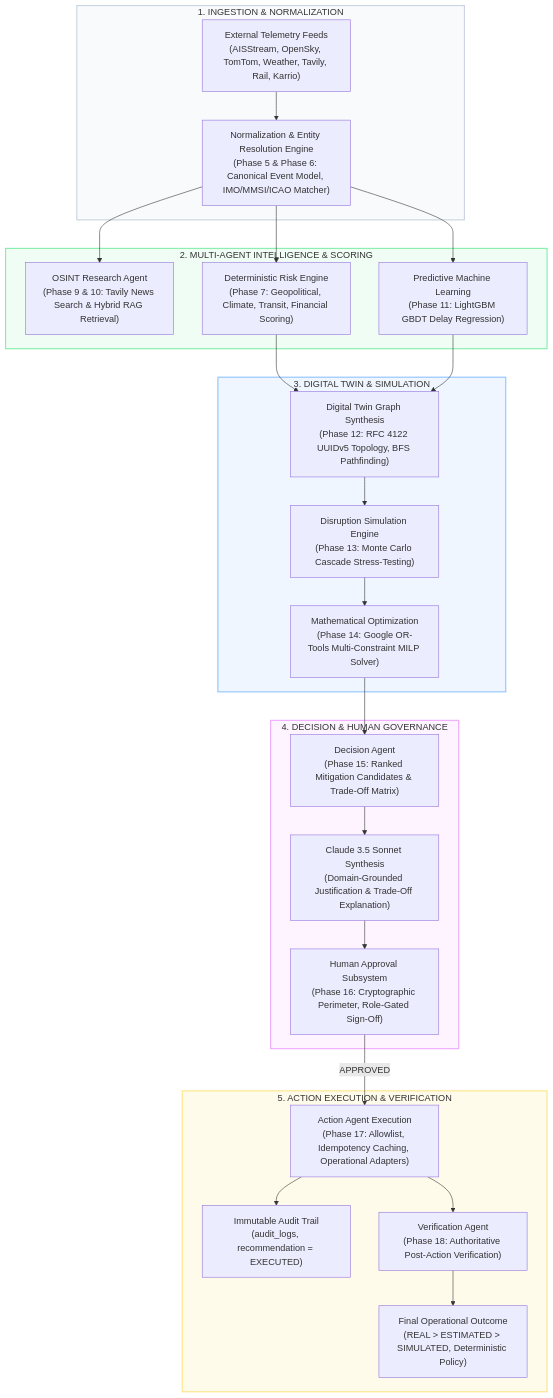
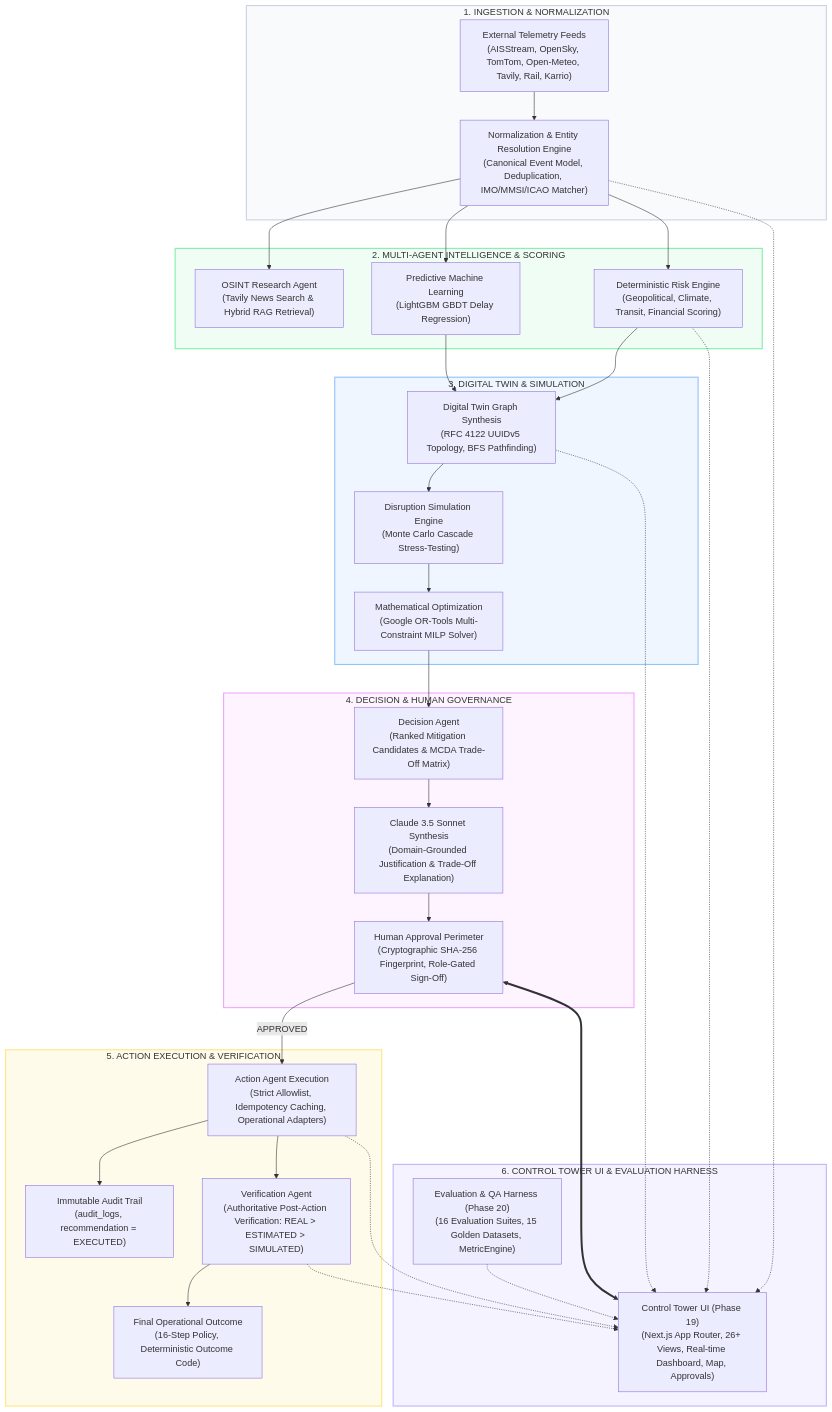
The first of 3 diagrams in README.md (Suguda-Thakur-Marndi/ChainSentinel), drawn with Mermaid before and after one commit. The commit also changed other lines of this file, not shown here.

Commit message:
docs: update README with Phase 20 completion status, metrics, and architecture details

````diff
--- a/README.md
+++ b/README.md
@@ -90,53 +99,66 @@
 ```mermaid
 flowchart TD
     subgraph S1["1. INGESTION & NORMALIZATION"]
-        EXT["External Telemetry Feeds<br/>(AISStream, OpenSky, TomTom, Weather, Tavily, Rail, Karrio)"]
-        NORM["Normalization & Entity Resolution Engine<br/>(Phase 5 & Phase 6: Canonical Event Model, IMO/MMSI/ICAO Matcher)"]
+        EXT["External Telemetry Feeds<br/>(AISStream, OpenSky, TomTom, Open-Meteo, Tavily, Rail, Karrio)"]
+        NORM["Normalization & Entity Resolution Engine<br/>(Canonical Event Model, Deduplication, IMO/MMSI/ICAO Matcher)"]
         EXT --> NORM
     end
 
     subgraph S2["2. MULTI-AGENT INTELLIGENCE & SCORING"]
-        RES["OSINT Research Agent<br/>(Phase 9 & 10: Tavily News Search & Hybrid RAG Retrieval)"]
-        RISK["Deterministic Risk Engine<br/>(Phase 7: Geopolitical, Climate, Transit, Financial Scoring)"]
-        ML["Predictive Machine Learning<br/>(Phase 11: LightGBM GBDT Delay Regression)"]
+        RES["OSINT Research Agent<br/>(Tavily News Search & Hybrid RAG Retrieval)"]
+        RISK["Deterministic Risk Engine<br/>(Geopolitical, Climate, Transit, Financial Scoring)"]
+        ML["Predictive Machine Learning<br/>(LightGBM GBDT Delay Regression)"]
         NORM --> RES
         NORM --> RISK
         NORM --> ML
     end
 
     subgraph S3["3. DIGITAL TWIN & SIMULATION"]
-        TWIN["Digital Twin Graph Synthesis<br/>(Phase 12: RFC 4122 UUIDv5 Topology, BFS Pathfinding)"]
-        SIM["Disruption Simulation Engine<br/>(Phase 13: Monte Carlo Cascade Stress-Testing)"]
-        OPT["Mathematical Optimization<br/>(Phase 14: Google OR-Tools Multi-Constraint MILP Solver)"]
+        TWIN["Digital Twin Graph Synthesis<br/>(RFC 4122 UUIDv5 Topology, BFS Pathfinding)"]
+        SIM["Disruption Simulation Engine<br/>(Monte Carlo Cascade Stress-Testing)"]
+        OPT["Mathematical Optimization<br/>(Google OR-Tools Multi-Constraint MILP Solver)"]
         RISK --> TWIN
         ML --> TWIN
         TWIN --> SIM
         SIM --> OPT
     end
 
     subgraph S4["4. DECISION & HUMAN GOVERNANCE"]
-        DEC["Decision Agent<br/>(Phase 15: Ranked Mitigation Candidates & Trade-Off Matrix)"]
+        DEC["Decision Agent<br/>(Ranked Mitigation Candidates & MCDA Trade-Off Matrix)"]
         CLAUDE["Claude 3.5 Sonnet Synthesis<br/>(Domain-Grounded Justification & Trade-Off Explanation)"]
-        APPR["Human Approval Subsystem<br/>(Phase 16: Cryptographic Perimeter, Role-Gated Sign-Off)"]
+        APPR["Human Approval Perimeter<br/>(Cryptographic SHA-256 Fingerprint, Role-Gated Sign-Off)"]
         OPT --> DEC
         DEC --> CLAUDE
         CLAUDE --> APPR
     end
 
     subgraph S5["5. ACTION EXECUTION & VERIFICATION"]
-        ACT["Action Agent Execution<br/>(Phase 17: Allowlist, Idempotency Caching, Operational Adapters)"]
+        ACT["Action Agent Execution<br/>(Strict Allowlist, Idempotency Caching, Operational Adapters)"]
         AUDIT["Immutable Audit Trail<br/>(audit_logs, recommendation = EXECUTED)"]
-        VERIF["Verification Agent<br/>(Phase 18: Authoritative Post-Action Verification)"]
-        OUTCOME["Final Operational Outcome<br/>(REAL > ESTIMATED > SIMULATED, Deterministic Policy)"]
+        VERIF["Verification Agent<br/>(Authoritative Post-Action Verification: REAL > ESTIMATED > SIMULATED)"]
+        OUTCOME["Final Operational Outcome<br/>(16-Step Policy, Deterministic Outcome Code)"]
         APPR -- "APPROVED" --> ACT
         ACT --> AUDIT
         ACT --> VERIF
         VERIF --> OUTCOME
+    end
+
+    subgraph S6["6. CONTROL TOWER UI & EVALUATION HARNESS"]
+        UI["Control Tower UI (Phase 19)<br/>(Next.js App Router, 26+ Views, Real-time Dashboard, Map, Approvals)"]
+        EVAL["Evaluation & QA Harness (Phase 20)<br/>(16 Evaluation Suites, 15 Golden Datasets, MetricEngine)"]
+        NORM -.-> UI
+        RISK -.-> UI
+        TWIN -.-> UI
+        APPR <==> UI
+        ACT -.-> UI
+        VERIF -.-> UI
+        EVAL -.-> UI
     end
 
     style S1 fill:#f8fafc,stroke:#cbd5e1,stroke-width:2px
     style S2 fill:#f0fdf4,stroke:#86efac,stroke-width:2px
     style S3 fill:#eff6ff,stroke:#93c5fd,stroke-width:2px
     style S4 fill:#fdf4ff,stroke:#f0abfc,stroke-width:2px
     style S5 fill:#fffbeb,stroke:#fde68a,stroke-width:2px
+    style S6 fill:#f5f3ff,stroke:#c4b5fd,stroke-width:2px
 ```
````
